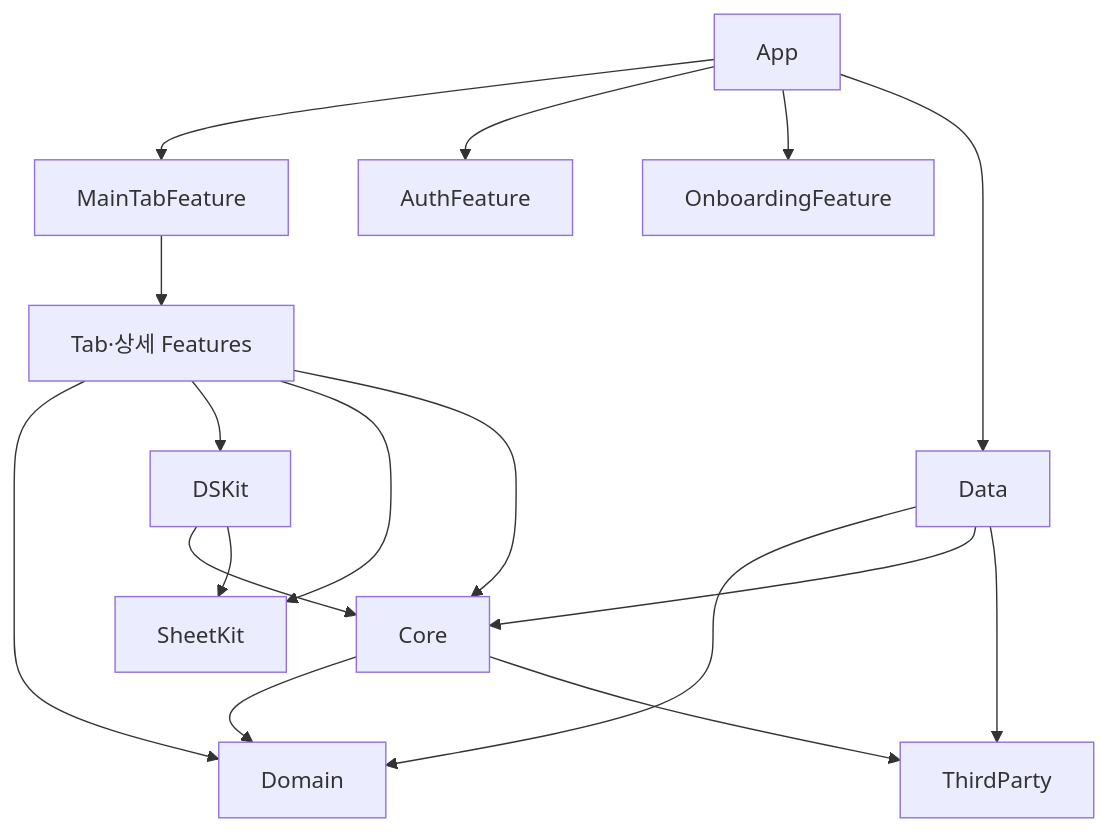
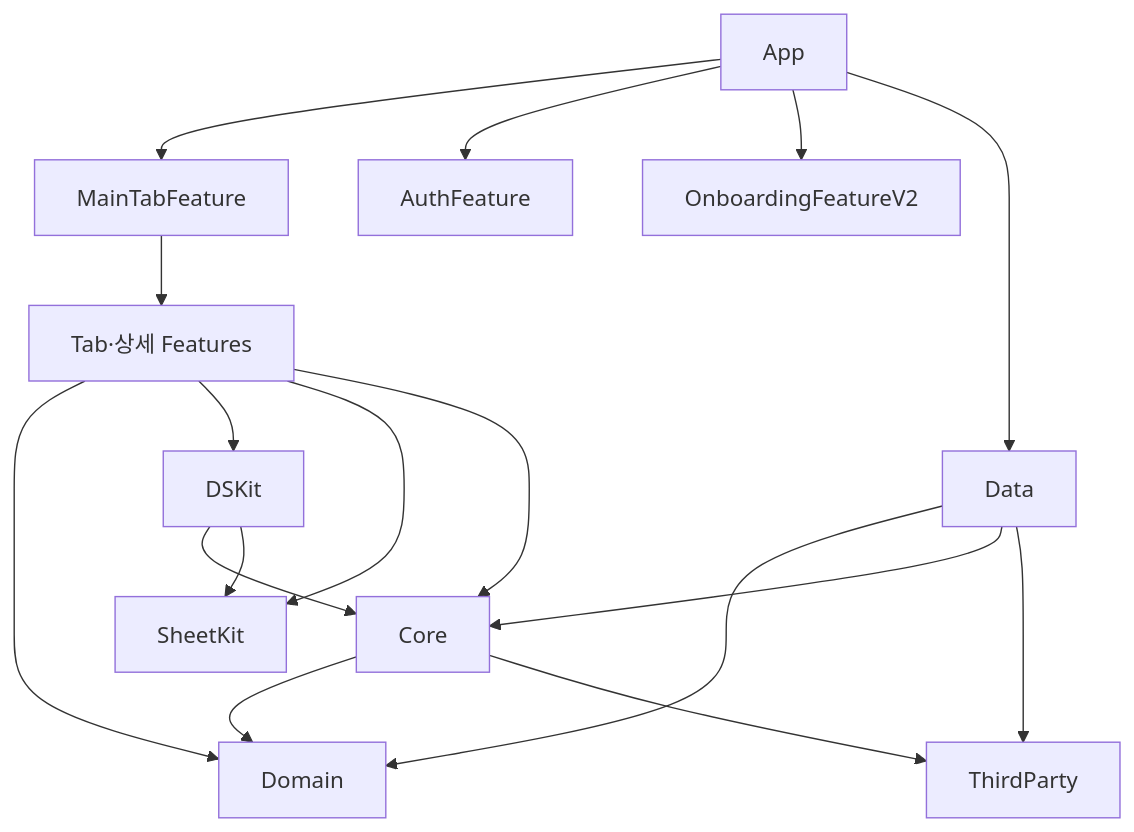
The diagram in Docs/architecture/architecture.md (team-PopPang/PopPang-iOS), drawn with Mermaid before and after one commit. The commit also changed other lines of this file and 37 other files, not shown here.

First line of the commit message:
[feature] 온보딩 화면을 새 디자인의 OnboardingFeatureV2로 바꾼다 (#137)

````diff
--- a/Docs/architecture/architecture.md
+++ b/Docs/architecture/architecture.md
@@ -154,19 +156,19 @@
 ```mermaid
 flowchart TD
     App --> MainTabFeature
     App --> AuthFeature
-    App --> OnboardingFeature
+    App --> OnboardingFeatureV2
     App --> Data
     MainTabFeature --> TabFeatures["Tab·상세 Features"]
     TabFeatures --> Domain
     TabFeatures --> DSKit
     TabFeatures --> SheetKit
     TabFeatures --> Core
     Data --> Domain
     Data --> Core
     Data --> ThirdParty
     DSKit --> Core
     DSKit --> SheetKit
     Core --> Domain
     Core --> ThirdParty
 ```
````
